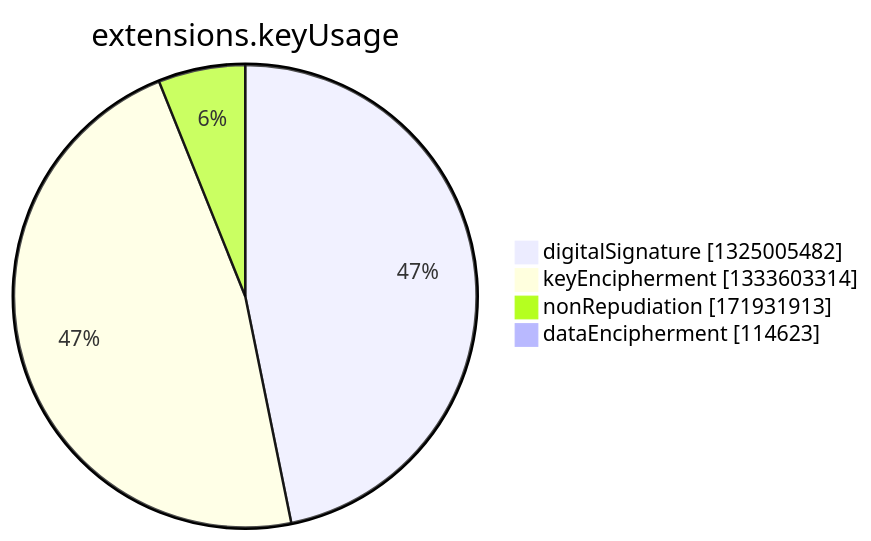
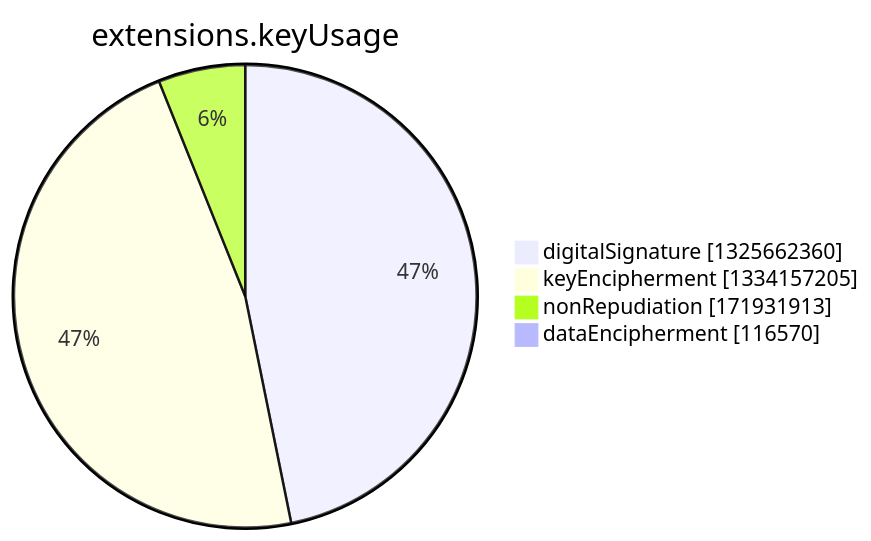
Before and after one commit to christiankrug/ctmonitor_visualization: the seventh of 15 diagrams in argon2022/README.md, drawn with Mermaid. The commit also changed other lines of this file, not shown here.

````diff
--- a/argon2022/README.md
+++ b/argon2022/README.md
@@ -2750,8 +2750,8 @@
 ```mermaid
 pie showData
 title extensions.keyUsage
-"digitalSignature" :1325005482
-"keyEncipherment" :1333603314
+"digitalSignature" :1325662360
+"keyEncipherment" :1334157205
 "nonRepudiation" :171931913
-"dataEncipherment" :114623
+"dataEncipherment" :116570
 ```
````
